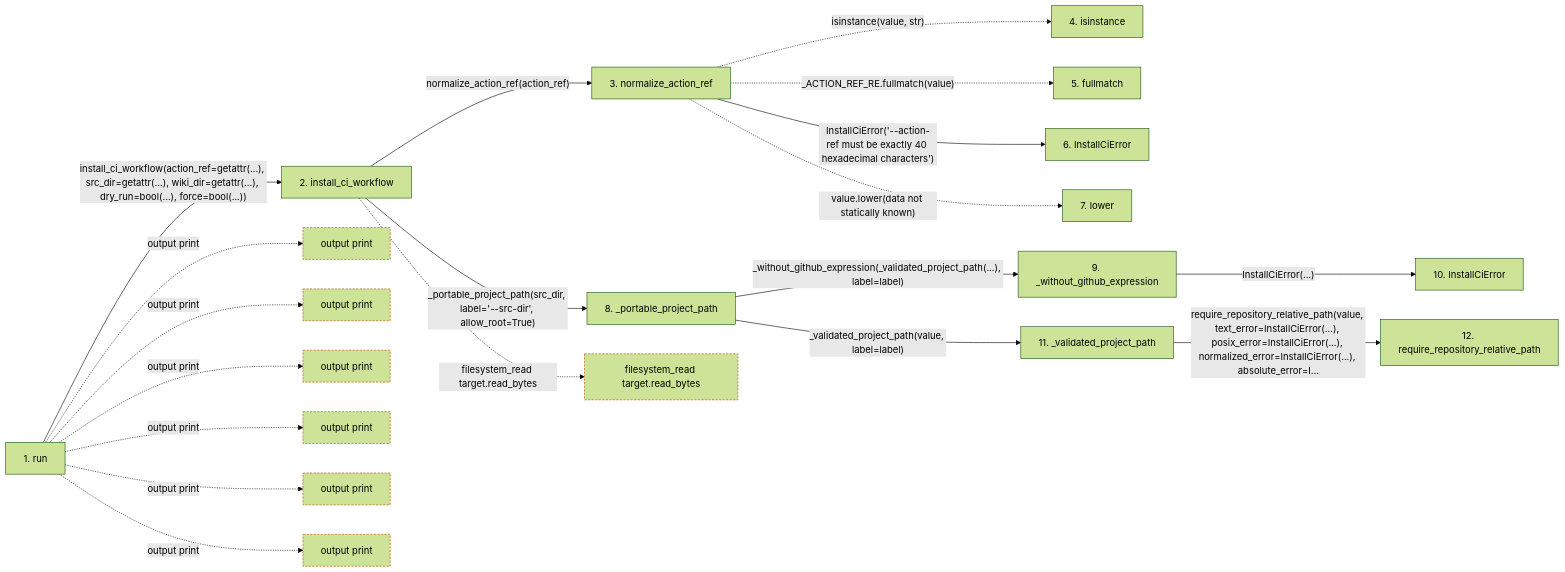
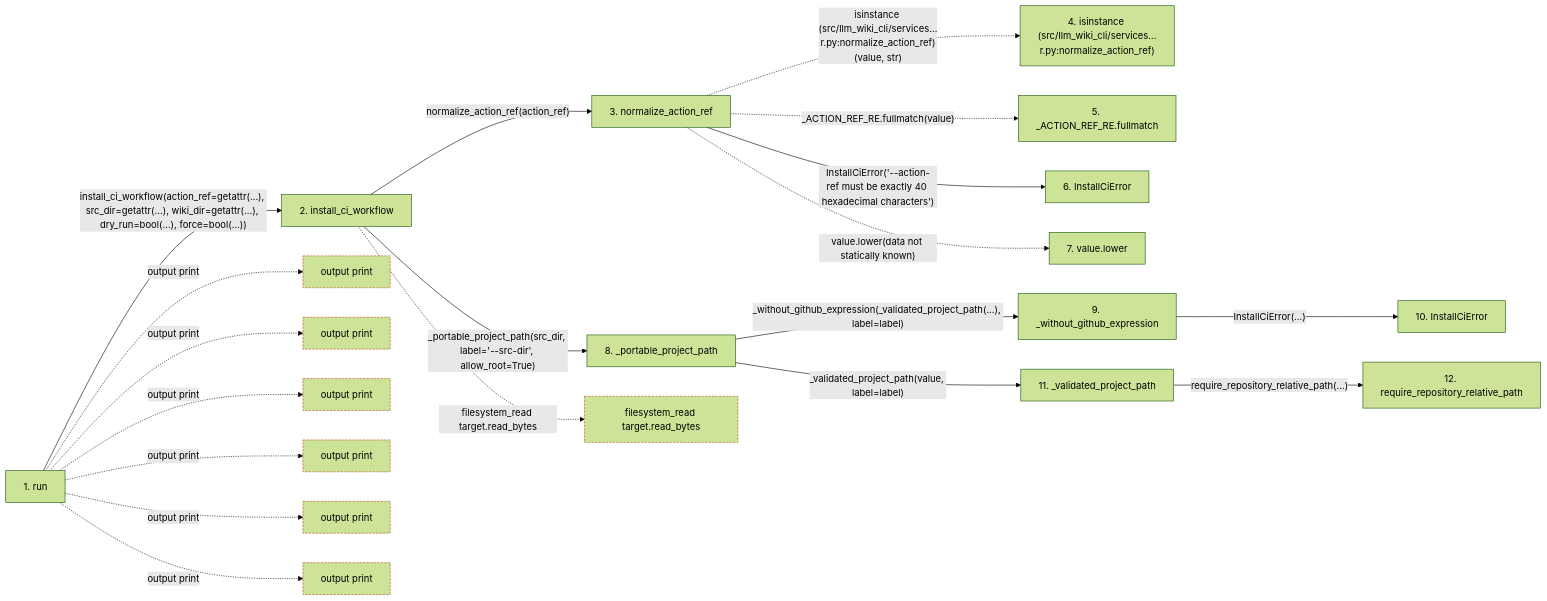
One commit to Denissvgn/python-wiki-llm changed the second of 2 diagrams in docs/llm_wiki/flows/api-run-install_ci_cmd.md. Above: the diagram before and after it, drawn with Mermaid (forest theme). The commit also changed other lines of this file and 719 other files, not shown here.

````diff
--- a/docs/llm_wiki/flows/api-run-install_ci_cmd.md
+++ b/docs/llm_wiki/flows/api-run-install_ci_cmd.md
@@ -86,57 +89,57 @@
 ```mermaid
 flowchart LR
     s1["1. run"]
     s2["2. install_ci_workflow"]
     s3["3. normalize_action_ref"]
-    s4["4. isinstance"]
-    s5["5. fullmatch"]
+    s4["4. isinstance (src/llm_wiki_cli/services…r.py:normalize_action_ref)"]
+    s5["5. _ACTION_REF_RE.fullmatch"]
     s6["6. InstallCiError"]
-    s7["7. lower"]
+    s7["7. value.lower"]
     s8["8. _portable_project_path"]
     s9["9. _without_github_expression"]
     s10["10. InstallCiError"]
     s11["11. _validated_project_path"]
     s12["12. require_repository_relative_path"]
     s1 -->|"install_ci_workflow(action_ref=getattr(...), src_dir=getattr(...), wiki_dir=getattr(...), dry_run=bool(...), force=bool(...))"| s2
     s2 -->|"normalize_action_ref(action_ref)"| s3
-    s3 -. "isinstance(value, str)" .-> s4
+    s3 -. "isinstance (src/llm_wiki_cli/services…r.py:normalize_action_ref)(value, str)" .-> s4
     s3 -. "_ACTION_REF_RE.fullmatch(value)" .-> s5
     s3 -->|"InstallCiError('--action-ref must be exactly 40 hexadecimal characters')"| s6
     s3 -. "value.lower(data not statically known)" .-> s7
     s2 -->|"_portable_project_path(src_dir, label='--src-dir', allow_root=True)"| s8
     s8 -->|"_without_github_expression(_validated_project_path(...), label=label)"| s9
     s9 -->|"InstallCiError(...)"| s10
     s8 -->|"_validated_project_path(value, label=label)"| s11
-    s11 -->|"require_repository_relative_path(value, text_error=InstallCiError(...), posix_error=InstallCiError(...), normalized_error=InstallCiError(...), absolute_error=I…"| s12
+    s11 -->|"require_repository_relative_path(…)"| s12
     b0["output print"]
     s1 -. "output print" .-> b0
     b1["output print"]
     s1 -. "output print" .-> b1
     b2["output print"]
     s1 -. "output print" .-> b2
     b3["output print"]
     s1 -. "output print" .-> b3
     b4["output print"]
     s1 -. "output print" .-> b4
     b5["output print"]
     s1 -. "output print" .-> b5
     b6["filesystem_read target.read_bytes"]
     s2 -. "filesystem_read target.read_bytes" .-> b6
     click s1 "../modules/install_ci_cmd.md"
     click s2 "../modules/ci_installer.md"
     click s3 "../modules/ci_installer.md"
     click s6 "../modules/ci_installer.md"
     click s8 "../modules/ci_installer.md"
     click s9 "../modules/ci_installer.md"
     click s10 "../modules/ci_installer.md"
     click s11 "../modules/ci_installer.md"
     click s12 "../modules/validation.md"
     classDef boundary stroke:#b45309,stroke-dasharray: 4 2
     class b0 boundary
     class b1 boundary
     class b2 boundary
     class b3 boundary
     class b4 boundary
     class b5 boundary
     class b6 boundary
 ```
````
